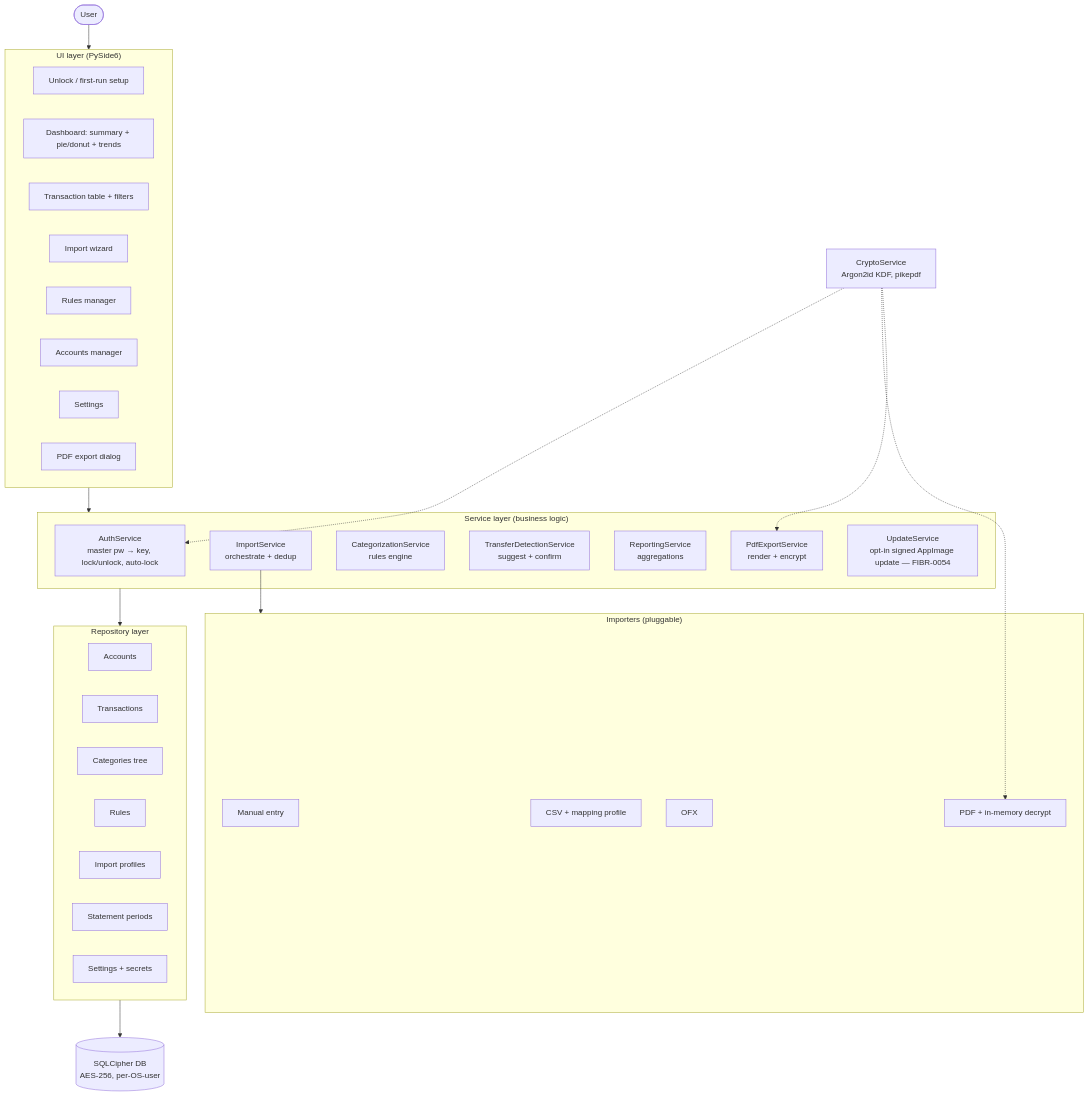
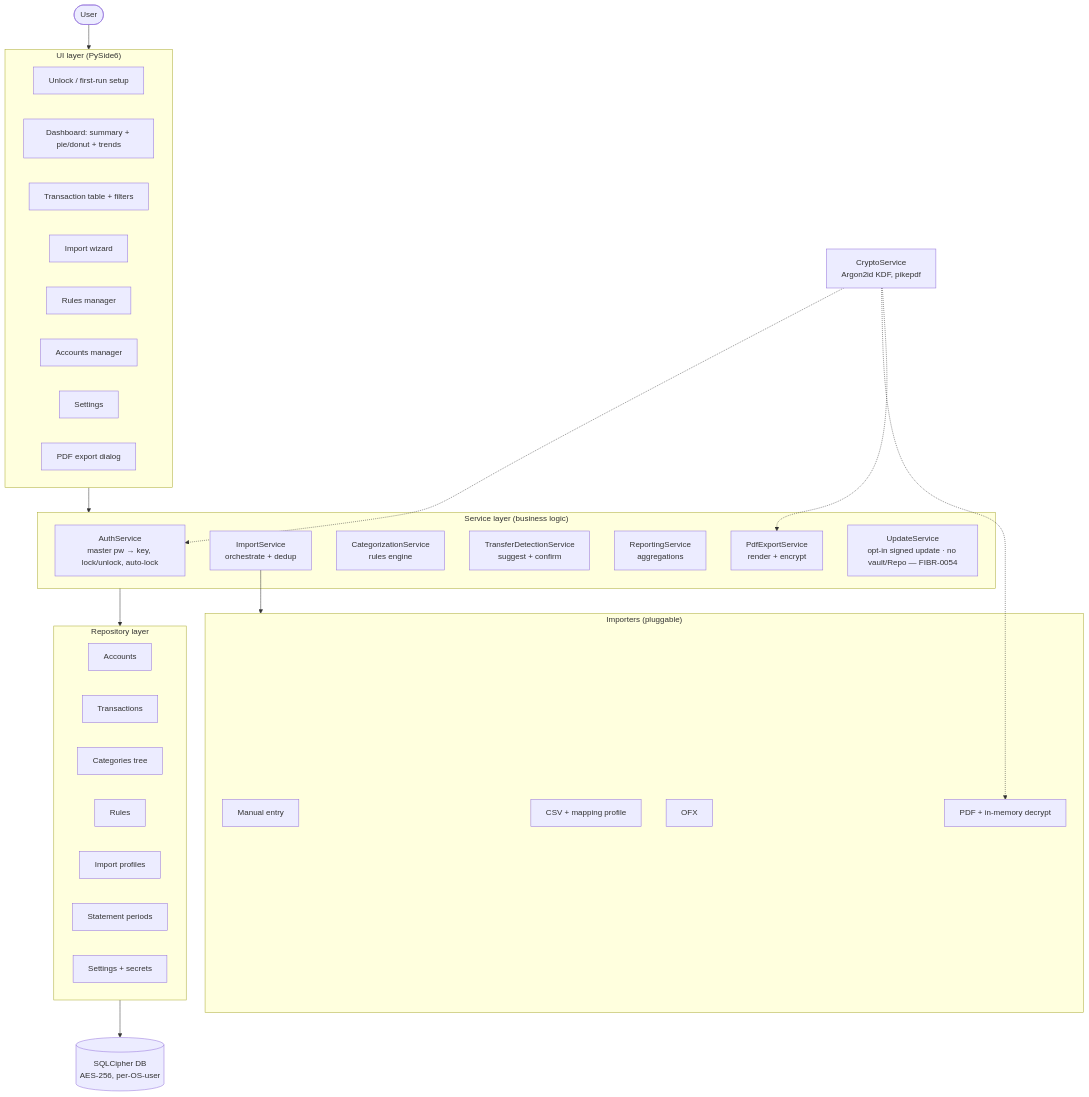
The diagram in docs/design.md (milnet01/finbreak), drawn with Mermaid before and after one commit. The commit also changed other lines of this file and 1 other file, not shown here.

First line of the commit message:
FIBR-0054: cold-eyes review fixes (loop 3)

````diff
--- a/docs/design.md
+++ b/docs/design.md
@@ -20,53 +23,53 @@
 ```mermaid
 flowchart TB
     User([User]) --> UI
 
     subgraph UI["UI layer (PySide6)"]
         Unlock[Unlock / first-run setup]
         Dash[Dashboard: summary + pie/donut + trends]
         TxTable[Transaction table + filters]
         ImportWiz[Import wizard]
         Rules[Rules manager]
         Accounts[Accounts manager]
         Settings[Settings]
         Export[PDF export dialog]
     end
 
     UI --> Svc
 
     subgraph Svc["Service layer (business logic)"]
         Auth[AuthService<br/>master pw → key, lock/unlock, auto-lock]
         Import[ImportService<br/>orchestrate + dedup]
         Cat[CategorizationService<br/>rules engine]
         Transfer[TransferDetectionService<br/>suggest + confirm]
         Report[ReportingService<br/>aggregations]
         PdfOut[PdfExportService<br/>render + encrypt]
-        Update[UpdateService<br/>opt-in signed AppImage update — FIBR-0054]
+        Update[UpdateService<br/>opt-in signed update · no vault/Repo — FIBR-0054]
     end
 
     subgraph Importers["Importers (pluggable)"]
         Manual[Manual entry]
         Csv[CSV + mapping profile]
         Ofx[OFX]
         PdfIn[PDF + in-memory decrypt]
     end
 
     Import --> Importers
     Svc --> Repo
 
     subgraph Repo["Repository layer"]
         AccRepo[Accounts]
         TxRepo[Transactions]
         CatRepo[Categories tree]
         RuleRepo[Rules]
         ProfRepo[Import profiles]
         StmtRepo[Statement periods]
         SetRepo[Settings + secrets]
     end
 
     Repo --> DB[(SQLCipher DB<br/>AES-256, per-OS-user)]
 
     Crypto[CryptoService<br/>Argon2id KDF, pikepdf] -.-> Auth
     Crypto -.-> PdfIn
     Crypto -.-> PdfOut
 ```
````
